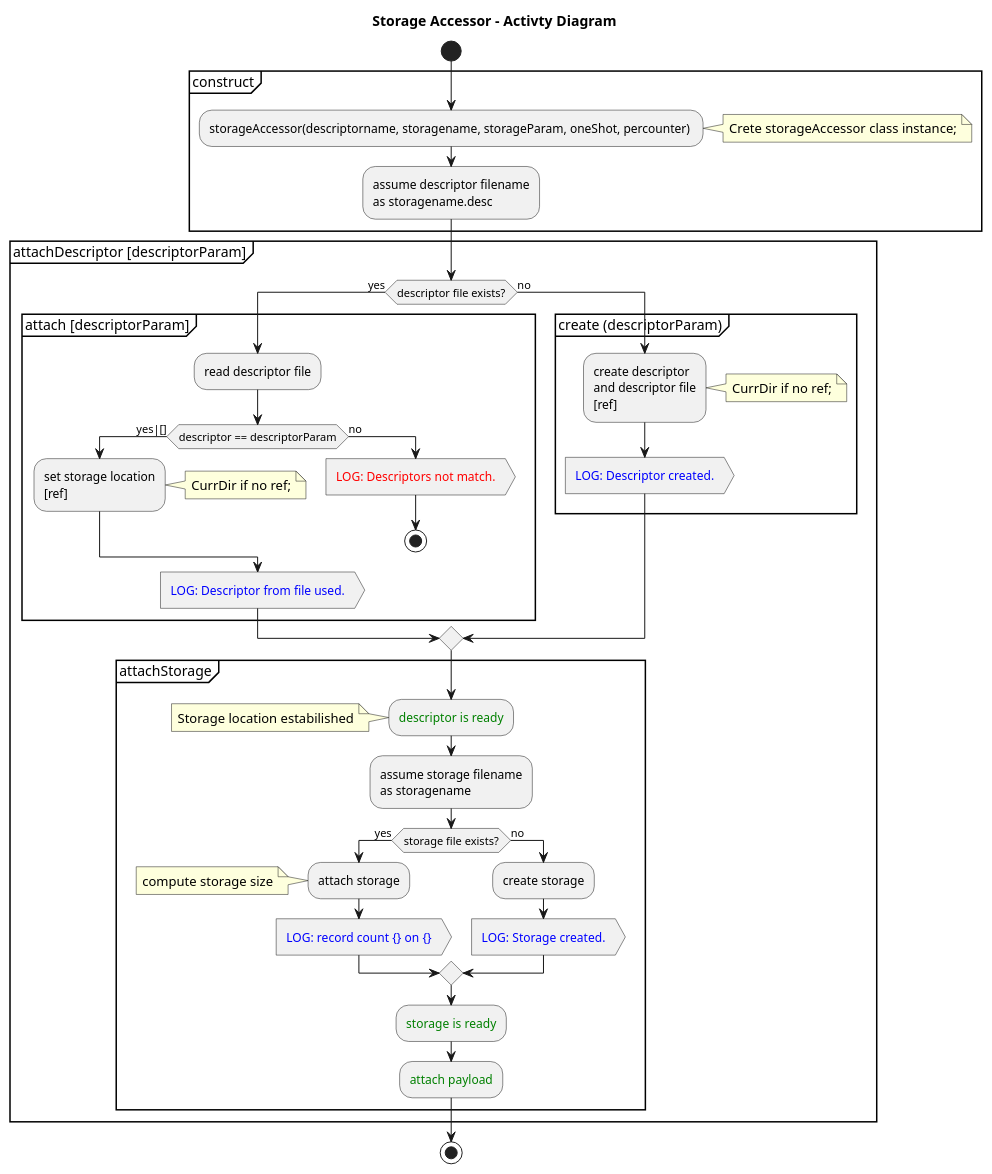
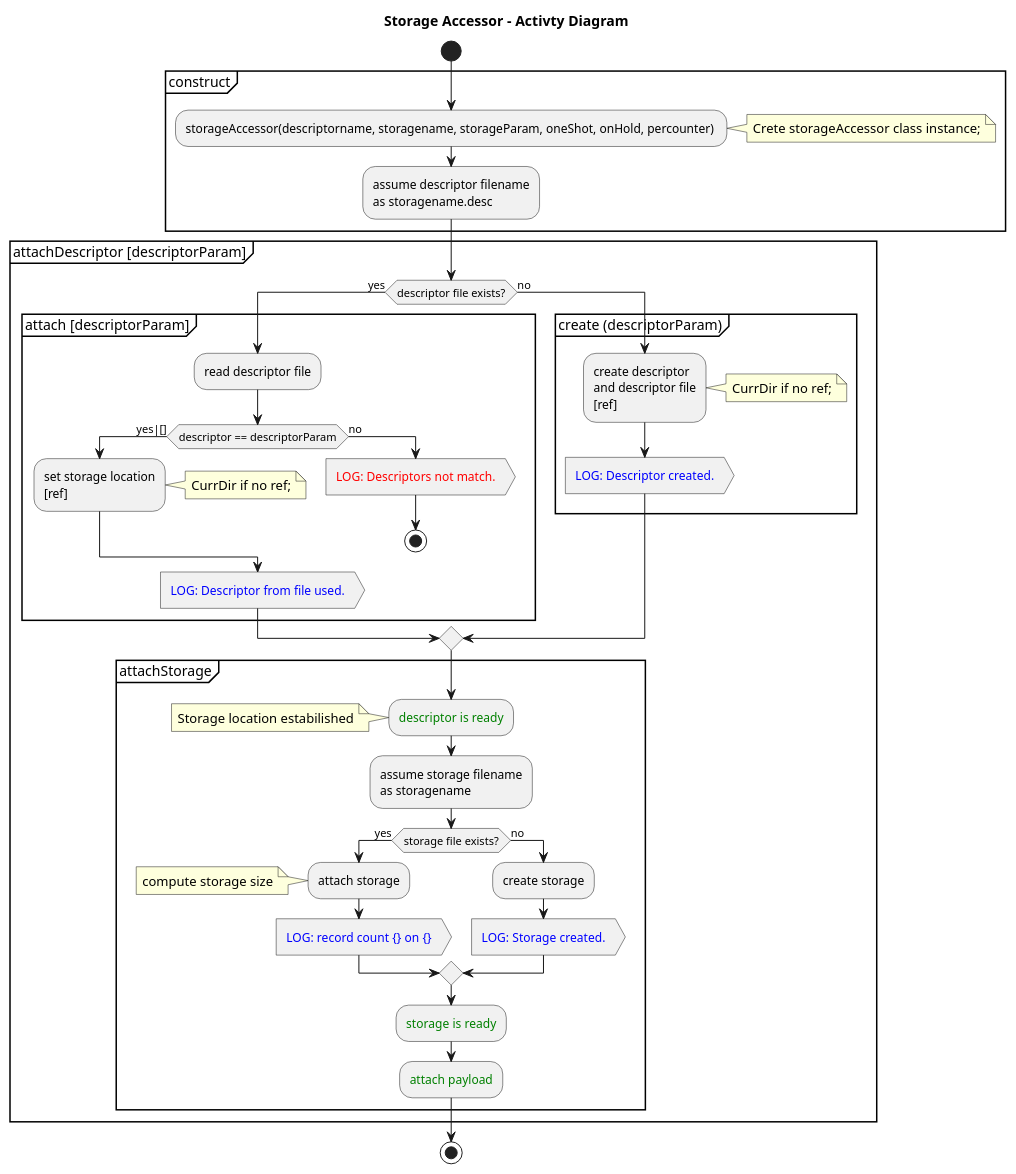
The diagram in src/rdb/UML/rdb-storageaccessor.puml (michalwidera/retractordb), drawn with PlantUML before and after one commit. The commit also changed 18 other files, not shown here.

```diff
--- a/src/rdb/UML/rdb-storageaccessor.puml
+++ b/src/rdb/UML/rdb-storageaccessor.puml
@@ -1,66 +1,66 @@
 @startuml
 
 /' To preview in VSCode: Alt-D '/
 
 title Storage Accessor - Activty Diagram
 
 start
 
 partition "construct" {
-:storageAccessor(descriptorname, storagename, storageParam, oneShot, percounter) ;
+:storageAccessor(descriptorname, storagename, storageParam, oneShot, onHold, percounter) ;
 note right: Crete storageAccessor class instance;
 
 :assume descriptor filename
 as storagename.desc;
 }
 
 partition "attachDescriptor [descriptorParam]" {
 if (descriptor file exists?) then (yes)
 	partition "attach [descriptorParam]" {
   :read descriptor file;
   if (descriptor == descriptorParam) then (yes|[])
     :set storage location
     [ref];
     note right: CurrDir if no ref;
   else (no)
     :<color:red>LOG: Descriptors not match.>
     stop
   endif
   :<color blue>LOG: Descriptor from file used.>
   }
 else (no)
 	partition "create (descriptorParam)" {
 	  :create descriptor
 	  and descriptor file
 	  [ref];
 	  note right: CurrDir if no ref;
 	  :<color blue>LOG: Descriptor created.>
 	}
 endif
 
 partition "attachStorage" {
   :<color:green>descriptor is ready;
 
   note left: Storage location estabilished
 
   :assume storage filename
   as storagename;
 
   if (storage file exists?) then (yes)
     :attach storage;
     note left: compute storage size
     :<color blue>LOG: record count {} on {}>
   else (no)
     :create storage;
     :<color blue>LOG: Storage created.>
   endif
 
   :<color:green>storage is ready;
   :<color:green>attach payload;
 }
 
 }
 
 stop
 
 @enduml
```
